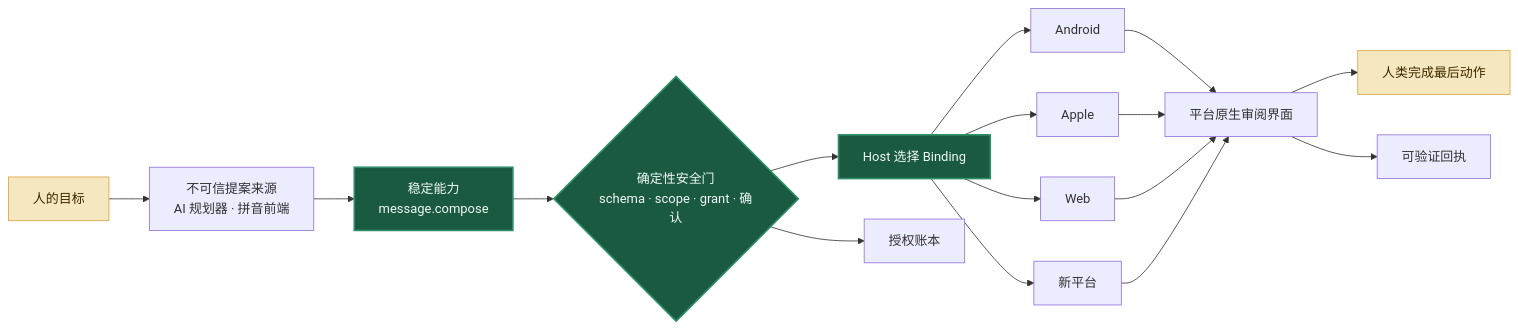
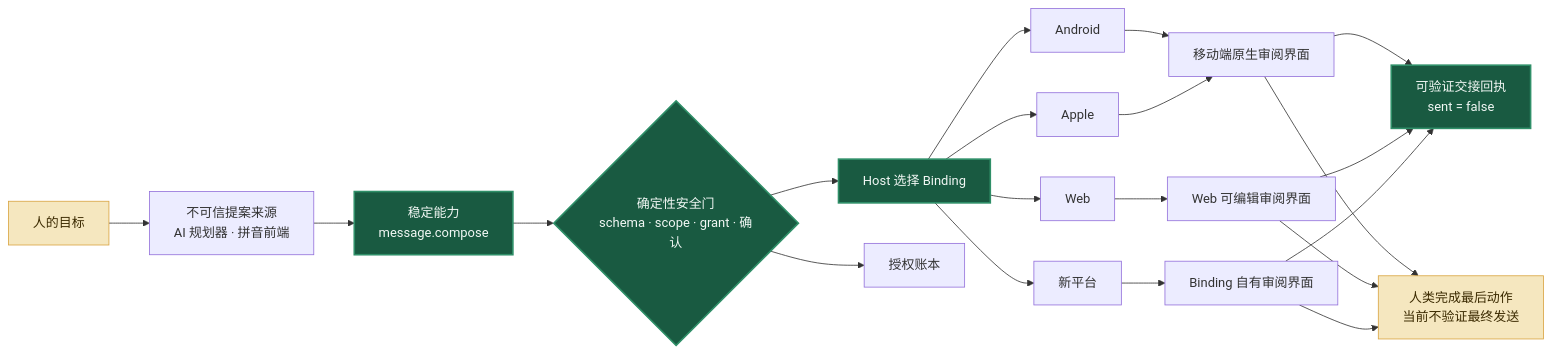
The diagram in README.zh-CN.md (yifangjinxing-hash/jidan), drawn with Mermaid before and after one commit. The commit also changed other lines of this file and 19 other files, not shown here.

Commit message:
Ground JCL roadmap and harden handoffs

````diff
--- a/README.zh-CN.md
+++ b/README.zh-CN.md
@@ -92,23 +101,27 @@
 ```mermaid
 flowchart LR
     H["人的目标"] --> P["不可信提案来源<br/>AI 规划器 · 拼音前端"]
     P --> C["稳定能力<br/>message.compose"]
     C --> G{"确定性安全门<br/>schema · scope · grant · 确认"}
     G --> R["Host 选择 Binding"]
     R --> A["Android"]
     R --> I["Apple"]
     R --> W["Web"]
     R --> N["新平台"]
-    A --> U["平台原生审阅界面"]
-    I --> U
-    W --> U
-    N --> U
-    U --> X["人类完成最后动作"]
+    A --> M["移动端原生审阅界面"]
+    I --> M
+    W --> E["Web 可编辑审阅界面"]
+    N --> S["Binding 自有审阅界面"]
+    M --> Q["可验证交接回执<br/>sent = false"]
+    E --> Q
+    S --> Q
+    M --> X["人类完成最后动作<br/>当前不验证最终发送"]
+    E --> X
+    S --> X
     G --> L["授权账本"]
-    U --> Q["可验证回执"]
 
     classDef core fill:#195A41,color:#F2F8F5,stroke:#2F8F68,stroke-width:2px;
     classDef human fill:#F5E7BF,color:#3B2A00,stroke:#D9A441;
-    class C,G,R core;
+    class C,G,R,Q core;
     class H,X human;
 ```
````
